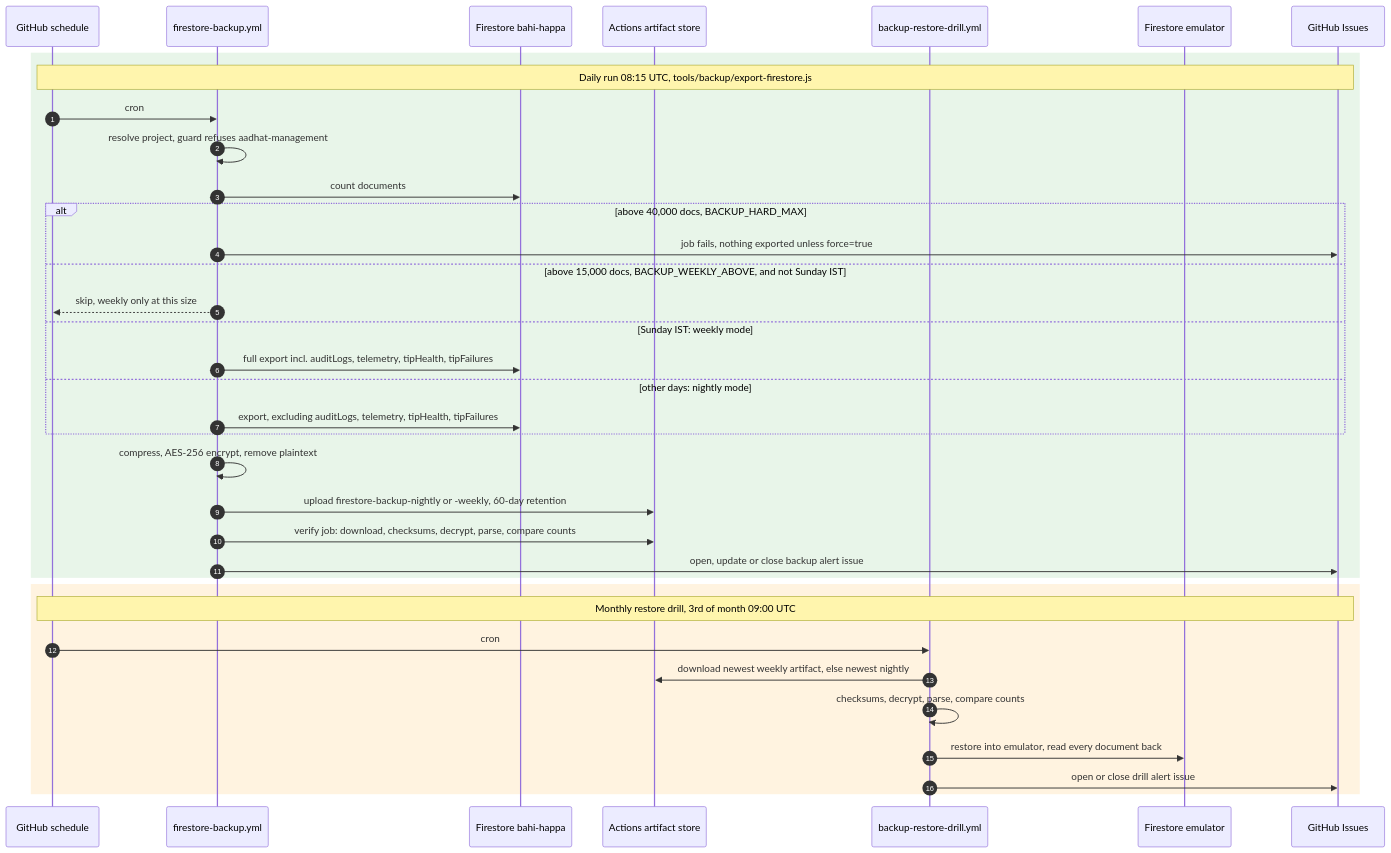
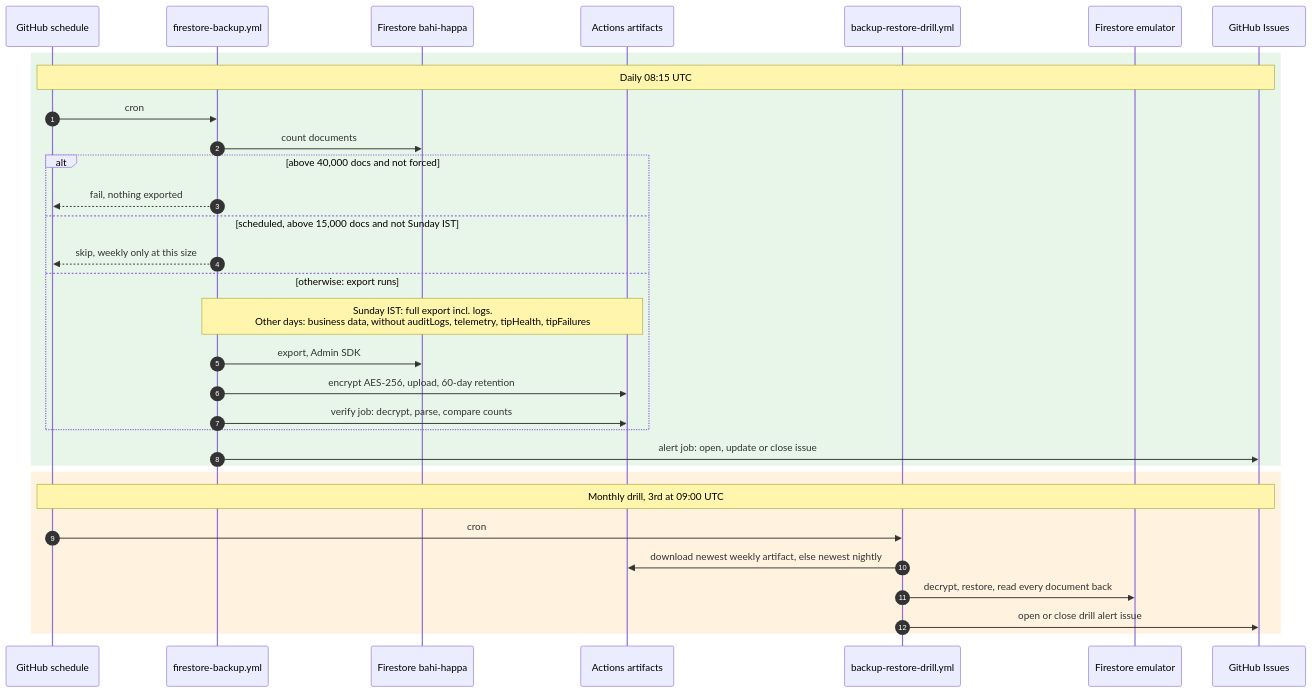
The diagram in docs/architecture/diagrams/workflow-backup-restore.mmd (DDancingDeath/bahi), drawn with Mermaid before and after one commit. The commit also changed 13 other files, not shown here.

First line of the commit message:
docs(architecture): tighten HLD after multi-agent review

```diff
--- a/docs/architecture/diagrams/workflow-backup-restore.mmd
+++ b/docs/architecture/diagrams/workflow-backup-restore.mmd
@@ -1,38 +1,34 @@
 sequenceDiagram
     autonumber
     participant S as GitHub schedule
     participant B as firestore-backup.yml
     participant DB as Firestore bahi-happa
-    participant A as Actions artifact store
+    participant A as Actions artifacts
     participant DR as backup-restore-drill.yml
     participant E as Firestore emulator
     participant I as GitHub Issues
 
     rect rgb(232, 245, 233)
-        Note over S,I: Daily run 08:15 UTC, tools/backup/export-firestore.js
+        Note over S,I: Daily 08:15 UTC
         S->>B: cron
-        B->>B: resolve project, guard refuses aadhat-management
         B->>DB: count documents
-        alt above 40,000 docs, BACKUP_HARD_MAX
-            B->>I: job fails, nothing exported unless force=true
-        else above 15,000 docs, BACKUP_WEEKLY_ABOVE, and not Sunday IST
+        alt above 40,000 docs and not forced
+            B-->>S: fail, nothing exported
+        else scheduled, above 15,000 docs and not Sunday IST
             B-->>S: skip, weekly only at this size
-        else Sunday IST: weekly mode
-            B->>DB: full export incl. auditLogs, telemetry, tipHealth, tipFailures
-        else other days: nightly mode
-            B->>DB: export, excluding auditLogs, telemetry, tipHealth, tipFailures
+        else otherwise: export runs
+            Note over B,A: Sunday IST: full export incl. logs.<br/>Other days: business data, without auditLogs, telemetry, tipHealth, tipFailures
+            B->>DB: export, Admin SDK
+            B->>A: encrypt AES-256, upload, 60-day retention
+            B->>A: verify job: decrypt, parse, compare counts
         end
-        B->>B: compress, AES-256 encrypt, remove plaintext
-        B->>A: upload firestore-backup-nightly or -weekly, 60-day retention
-        B->>A: verify job: download, checksums, decrypt, parse, compare counts
-        B->>I: open, update or close backup alert issue
+        B->>I: alert job: open, update or close issue
     end
 
     rect rgb(255, 243, 224)
-        Note over S,I: Monthly restore drill, 3rd of month 09:00 UTC
+        Note over S,I: Monthly drill, 3rd at 09:00 UTC
         S->>DR: cron
         DR->>A: download newest weekly artifact, else newest nightly
-        DR->>DR: checksums, decrypt, parse, compare counts
-        DR->>E: restore into emulator, read every document back
+        DR->>E: decrypt, restore, read every document back
         DR->>I: open or close drill alert issue
     end
```
